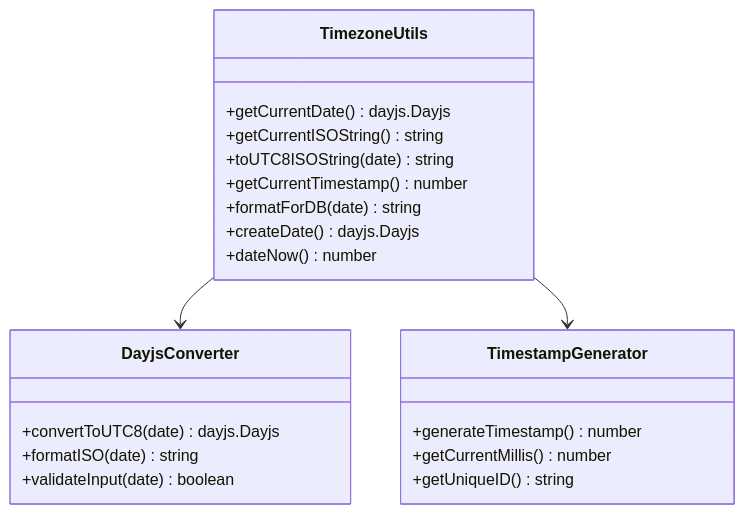
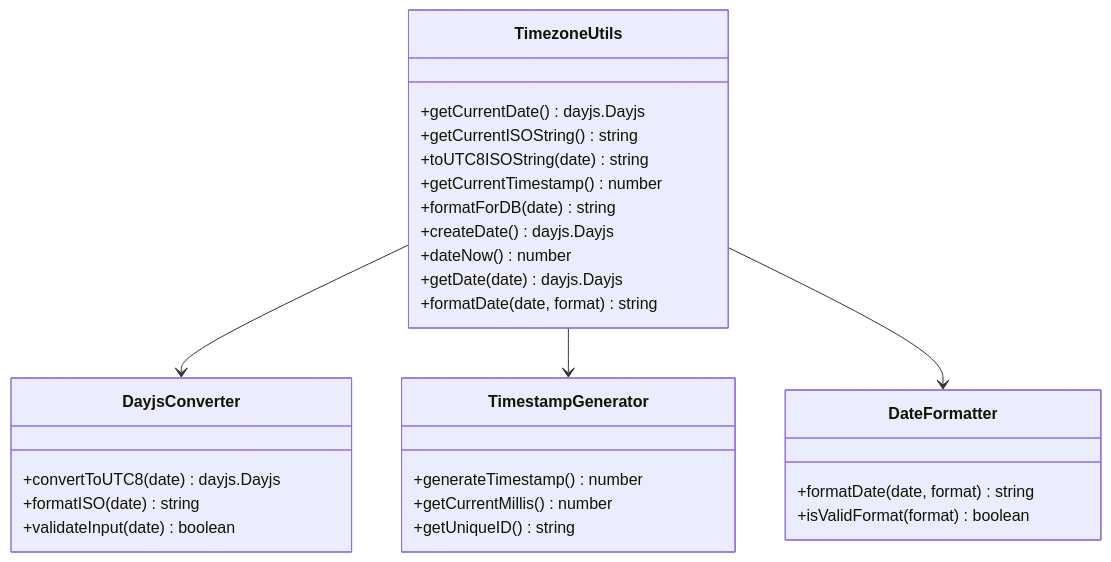
Before and after one commit to xiao-lin-unit/yuan: the fourth of 10 diagrams in .qoder/repowiki/zh/content/架构设计/数据层架构设计/时区工具模块.md, drawn with Mermaid. The commit also changed other lines of this file and 22 other files, not shown here.

````diff
--- a/.qoder/repowiki/zh/content/架构设计/数据层架构设计/时区工具模块.md
+++ b/.qoder/repowiki/zh/content/架构设计/数据层架构设计/时区工具模块.md
@@ -163,24 +158,31 @@
 ```mermaid
 classDiagram
 class TimezoneUtils {
 +getCurrentDate() dayjs.Dayjs
 +getCurrentISOString() string
 +toUTC8ISOString(date) string
 +getCurrentTimestamp() number
 +formatForDB(date) string
 +createDate() dayjs.Dayjs
 +dateNow() number
++getDate(date) dayjs.Dayjs
++formatDate(date, format) string
 }
 class DayjsConverter {
 +convertToUTC8(date) dayjs.Dayjs
 +formatISO(date) string
 +validateInput(date) boolean
 }
 class TimestampGenerator {
 +generateTimestamp() number
 +getCurrentMillis() number
 +getUniqueID() string
 }
+class DateFormatter {
++formatDate(date, format) string
++isValidFormat(format) boolean
+}
 TimezoneUtils --> DayjsConverter
 TimezoneUtils --> TimestampGenerator
+TimezoneUtils --> DateFormatter
 ```
````
